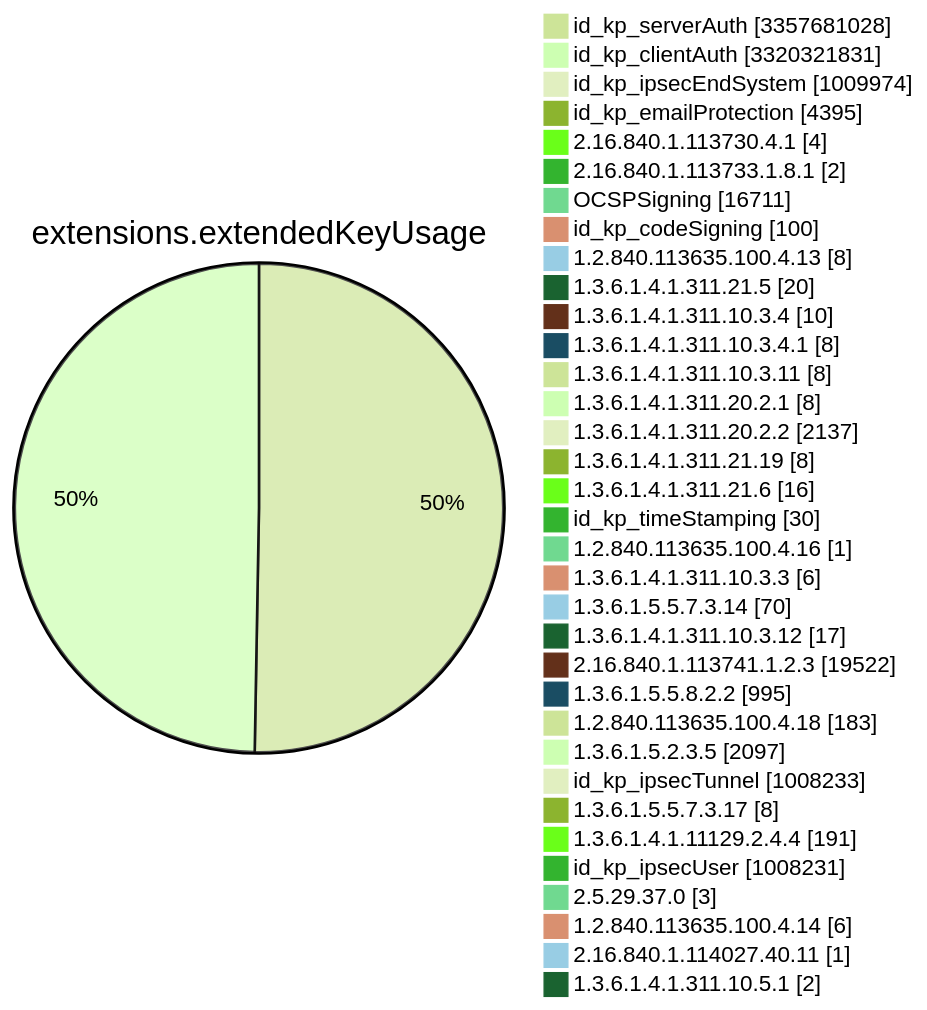
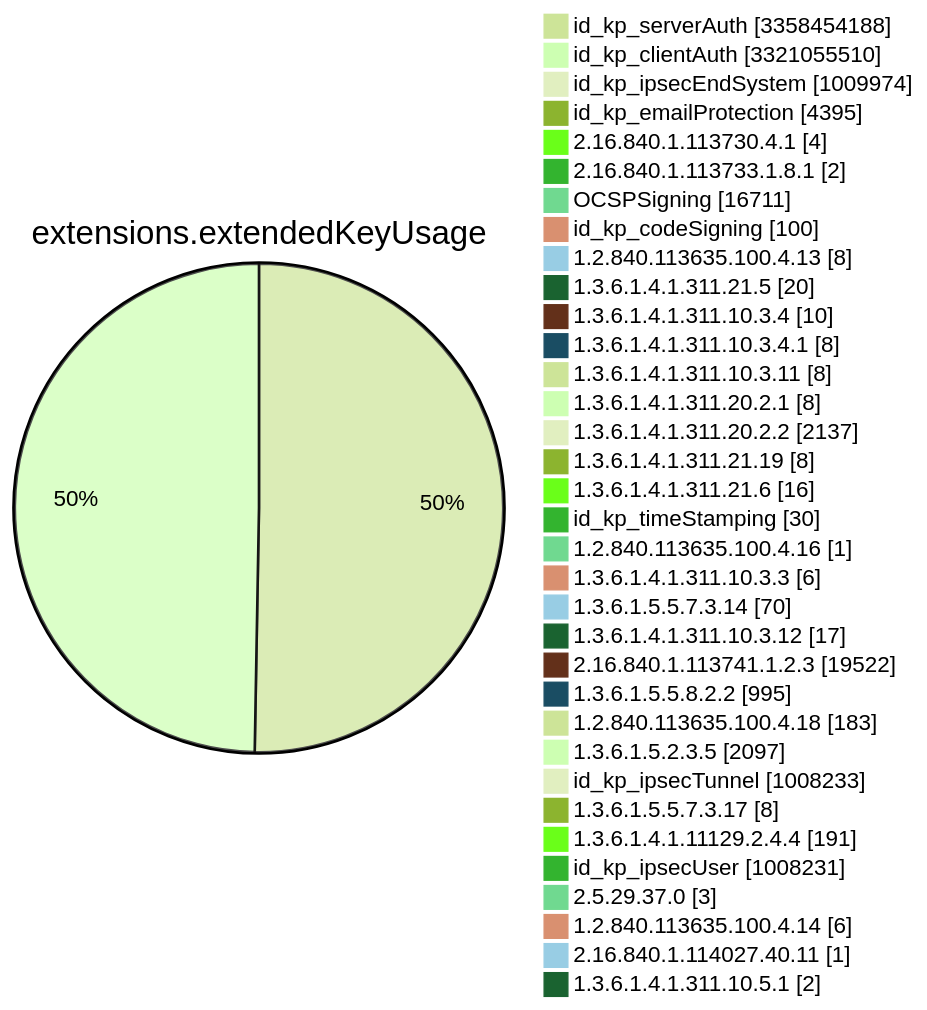
One commit to christiankrug/ctmonitor_visualization changed diagram 11 of 15 in TOTAL/README.md. Above: the diagram before and after it, drawn with Mermaid (forest theme). The commit also changed other lines of this file, not shown here.

````diff
--- a/TOTAL/README.md
+++ b/TOTAL/README.md
@@ -4120,38 +4120,38 @@
 ```mermaid
 pie showData
 title extensions.extendedKeyUsage
-"id_kp_serverAuth" :3357681028
-"id_kp_clientAuth" :3320321831
+"id_kp_serverAuth" :3358454188
+"id_kp_clientAuth" :3321055510
 "id_kp_ipsecEndSystem" :1009974
 "id_kp_emailProtection" :4395
 "2.16.840.1.113730.4.1" :4
 "2.16.840.1.113733.1.8.1" :2
 "OCSPSigning" :16711
 "id_kp_codeSigning" :100
 "1.2.840.113635.100.4.13" :8
 "1.3.6.1.4.1.311.21.5" :20
 "1.3.6.1.4.1.311.10.3.4" :10
 "1.3.6.1.4.1.311.10.3.4.1" :8
 "1.3.6.1.4.1.311.10.3.11" :8
 "1.3.6.1.4.1.311.20.2.1" :8
 "1.3.6.1.4.1.311.20.2.2" :2137
 "1.3.6.1.4.1.311.21.19" :8
 "1.3.6.1.4.1.311.21.6" :16
 "id_kp_timeStamping" :30
 "1.2.840.113635.100.4.16" :1
 "1.3.6.1.4.1.311.10.3.3" :6
 "1.3.6.1.5.5.7.3.14" :70
 "1.3.6.1.4.1.311.10.3.12" :17
 "2.16.840.1.113741.1.2.3" :19522
 "1.3.6.1.5.5.8.2.2" :995
 "1.2.840.113635.100.4.18" :183
 "1.3.6.1.5.2.3.5" :2097
 "id_kp_ipsecTunnel" :1008233
 "1.3.6.1.5.5.7.3.17" :8
 "1.3.6.1.4.1.11129.2.4.4" :191
 "id_kp_ipsecUser" :1008231
 "2.5.29.37.0" :3
 "1.2.840.113635.100.4.14" :6
 "2.16.840.1.114027.40.11" :1
 "1.3.6.1.4.1.311.10.5.1" :2
 ```
````
